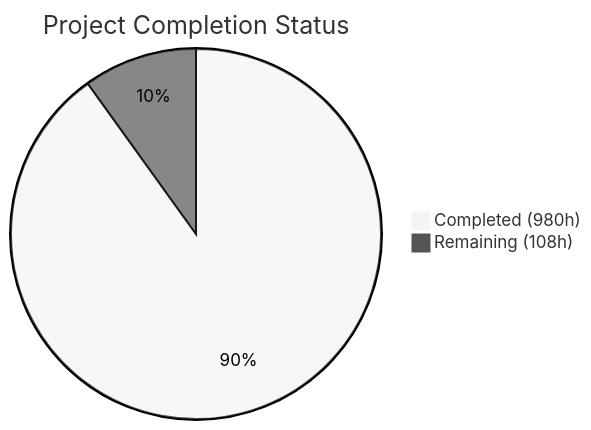
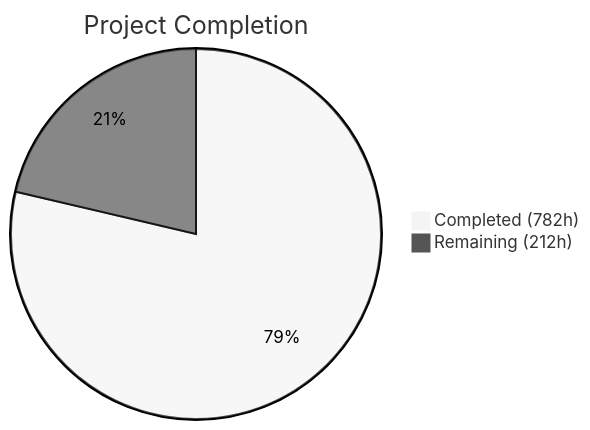
The first of 2 diagrams in blitzy/documentation/Project Guide.md (Blitzy-Sandbox/blitzy-exim), drawn with Mermaid (neutral theme) before and after one commit. The commit also changed other lines of this file, not shown here.

Commit message:
Adding Blitzy Project Guide: Project Status and Human Tasks Remaining

````diff
--- a/blitzy/documentation/Project Guide.md
+++ b/blitzy/documentation/Project Guide.md
@@ -17,5 +13,5 @@
 ```mermaid
-pie title Project Completion Status
-    "Completed (980h)" : 980
-    "Remaining (108h)" : 108
+pie title Project Completion
+    "Completed (782h)" : 782
+    "Remaining (212h)" : 212
 ```
````
